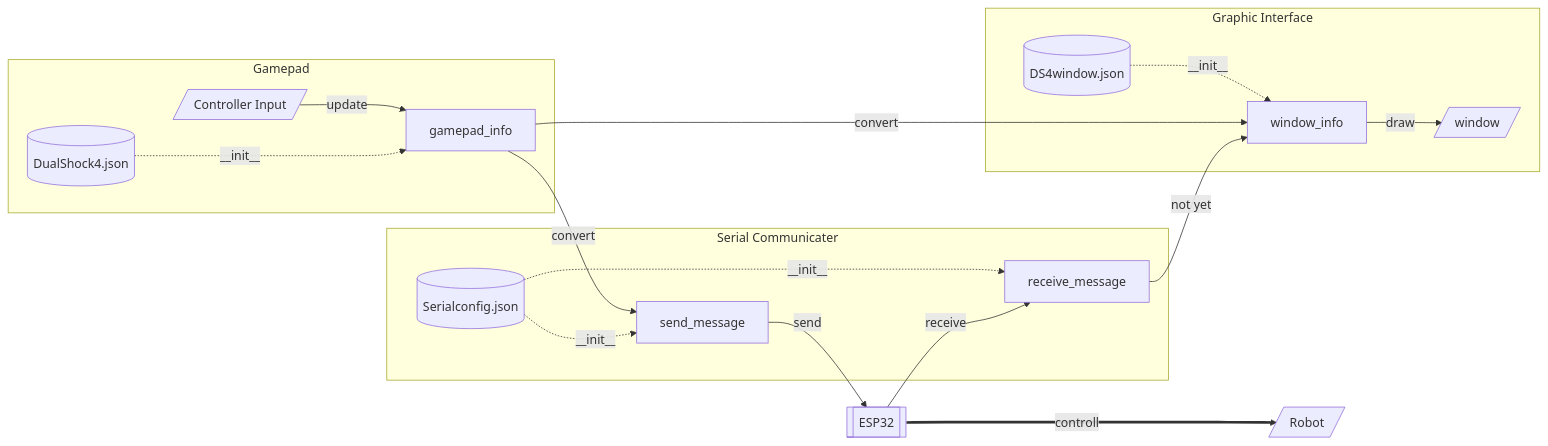
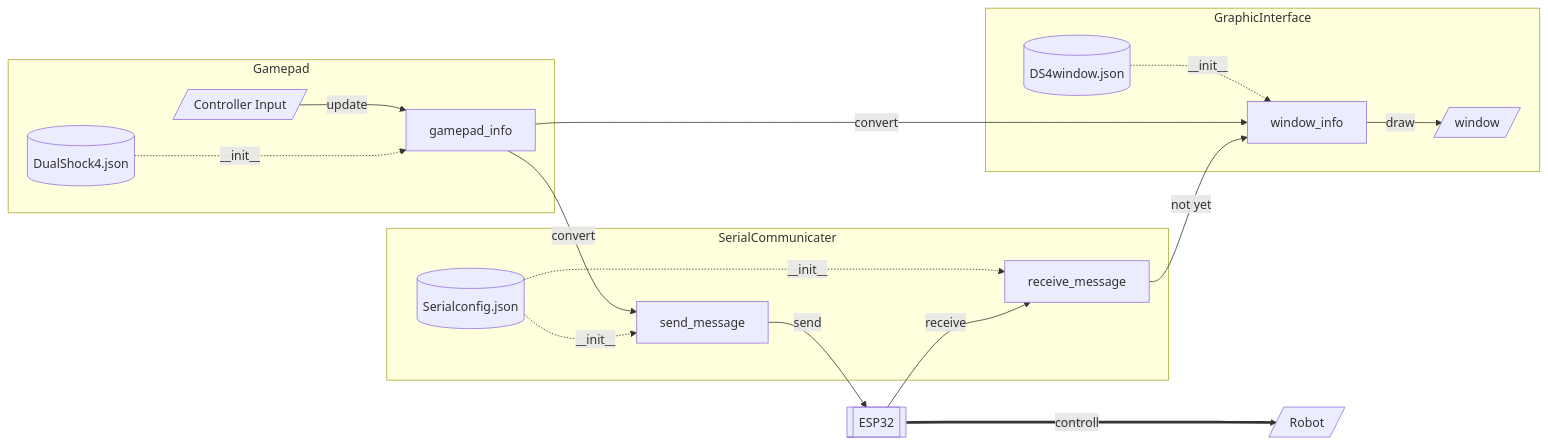
The second of 2 diagrams in README.md (Tomoooji/raspi-controller), drawn with Mermaid before and after one commit. The commit also changed other lines of this file, not shown here.

````diff
--- a/README.md
+++ b/README.md
@@ -77,30 +102,30 @@
 ```mermaid
 flowchart  LR
     C[/Controller Input/] -->|update| B
     A[(DualShock4.json)] -..->|__init__| B[gamepad_info]
     E[(DS4window.json)] -.->|__init__| D[window_info]
     B -->|convert| D
     D -->|draw| F[/window/]
     B -->|convert| G[send_message]
     G -->|send| H
     I -->|not yet| D 
     K[(Serialconfig.json)] -.->|__init__| G
     K[(Serialconfig.json)] -.->|__init__| I
     H -->|receive| I[receive_message]
     H[[ESP32]] ===>|controll| J[/Robot/]
     subgraph Gamepad
     A
     B
     C
     end
-    subgraph Graphic Interface
+    subgraph GraphicInterface
     D
     E
     F
     end
-    subgraph Serial Communicater
+    subgraph SerialCommunicater
     G
     I
     K
     end
 ```
````
